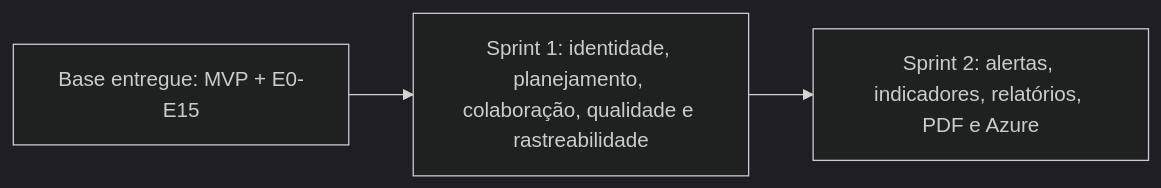
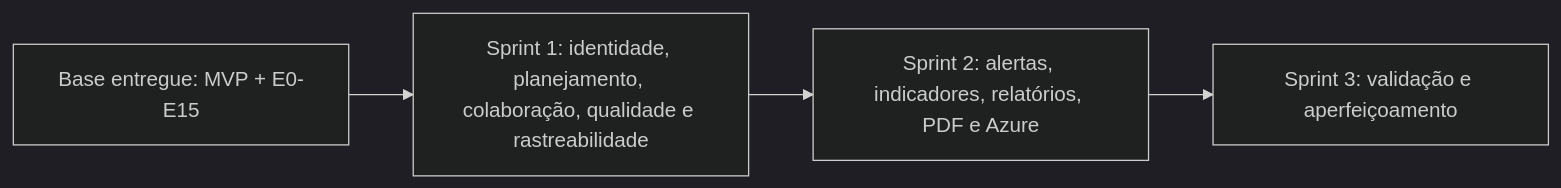
One commit to iYoNuttxD/Traceflow changed the first of 3 diagrams in TRACEFLOW_ROADMAP_INCREMENTAL.md. Above: the diagram before and after it, drawn with Mermaid (dark theme). The commit also changed other lines of this file, not shown here.

Commit message:
docs: adiciona sprint 3 de validação e aperfeiçoamento

````diff
--- a/TRACEFLOW_ROADMAP_INCREMENTAL.md
+++ b/TRACEFLOW_ROADMAP_INCREMENTAL.md
@@ -33,7 +35,8 @@
 ```mermaid
 flowchart LR
     BASE["Base entregue: MVP + E0-E15"]
     S1["Sprint 1: identidade, planejamento, colaboração, qualidade e rastreabilidade"]
     S2["Sprint 2: alertas, indicadores, relatórios, PDF e Azure"]
-    BASE --> S1 --> S2
+    S3["Sprint 3: validação e aperfeiçoamento"]
+    BASE --> S1 --> S2 --> S3
 ```
````
